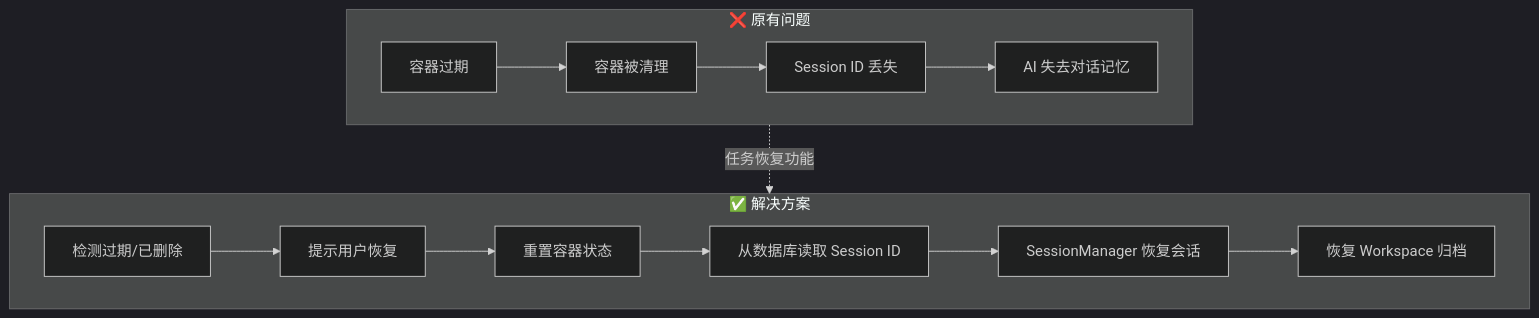
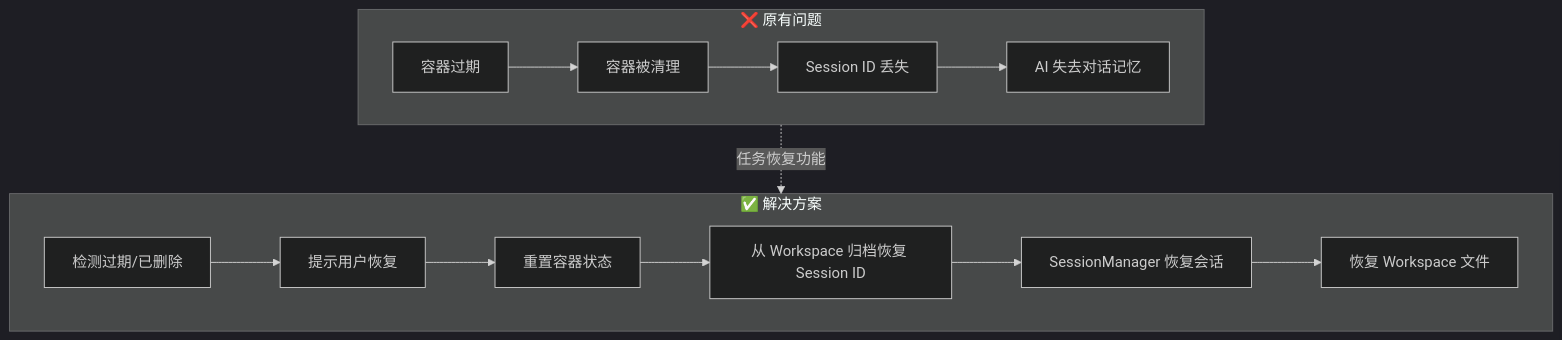
One commit to wecode-ai/Wegent changed the first of 8 diagrams in docs/zh/features/task-restore.md. Above: the diagram before and after it, drawn with Mermaid (dark theme). The commit also changed other lines of this file and 7 other files, not shown here.

First line of the commit message:
refactor(backend,executor): remove database session ID persistence, use workspace archive only

````diff
--- a/docs/zh/features/task-restore.md
+++ b/docs/zh/features/task-restore.md
@@ -23,18 +23,18 @@
 ```mermaid
 flowchart TB
     subgraph 问题["❌ 原有问题"]
         A[容器过期] --> B[容器被清理]
         B --> C[Session ID 丢失]
         C --> D[AI 失去对话记忆]
     end
 
     subgraph 方案["✅ 解决方案"]
         E[检测过期/已删除] --> F[提示用户恢复]
         F --> G[重置容器状态]
-        G --> H[从数据库读取 Session ID]
+        G --> H[从 Workspace 归档恢复 Session ID]
         H --> I[SessionManager 恢复会话]
-        I --> J[恢复 Workspace 归档]
+        I --> J[恢复 Workspace 文件]
     end
 
     问题 -.->|任务恢复功能| 方案
 ```
````
